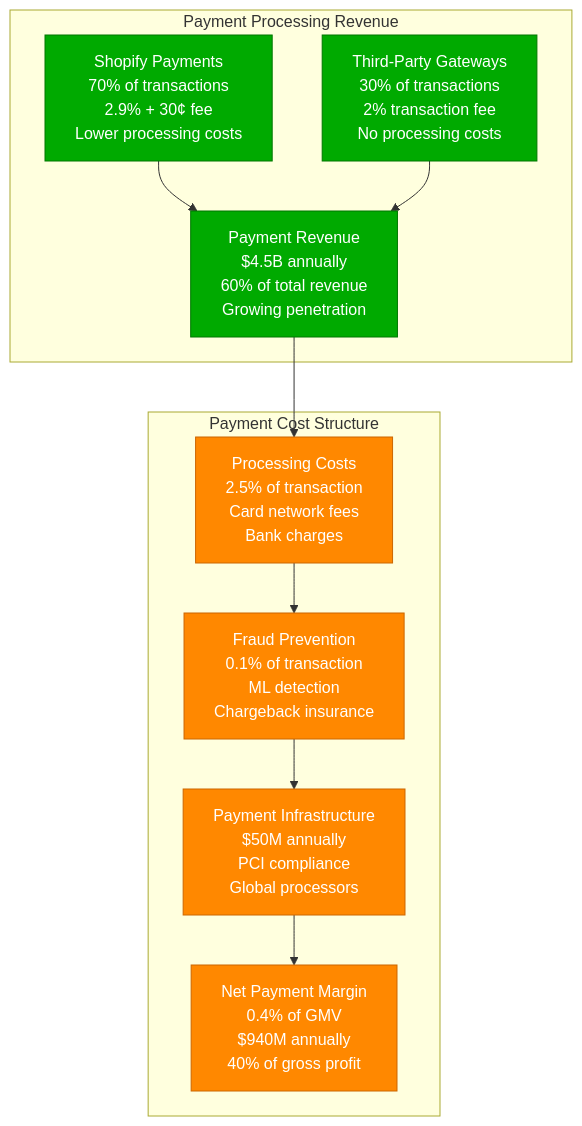
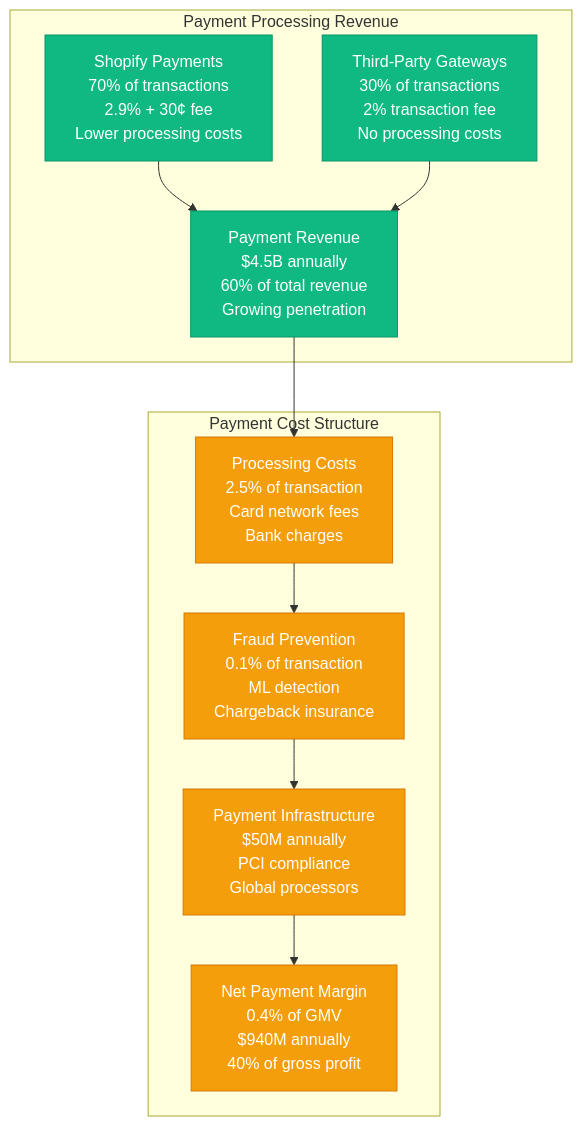
The fourth of 9 diagrams in site/docs/systems/shopify/cost-breakdown.md (deepaucksharma/DS), drawn with Mermaid before and after one commit. The commit also changed other lines of this file and 303 other files, not shown here.

````diff
--- a/site/docs/systems/shopify/cost-breakdown.md
+++ b/site/docs/systems/shopify/cost-breakdown.md
@@ -203,36 +203,36 @@
 ```mermaid
 graph TB
     subgraph "Payment Processing Revenue"
         SHOPIFY_PAYMENTS[Shopify Payments<br/>70% of transactions<br/>2.9% + 30¢ fee<br/>Lower processing costs]
 
         THIRD_PARTY[Third-Party Gateways<br/>30% of transactions<br/>2% transaction fee<br/>No processing costs]
 
         PAYMENT_REVENUE[Payment Revenue<br/>$4.5B annually<br/>60% of total revenue<br/>Growing penetration]
     end
 
     subgraph "Payment Cost Structure"
         PROCESSING_COSTS[Processing Costs<br/>2.5% of transaction<br/>Card network fees<br/>Bank charges]
 
         FRAUD_PREVENTION[Fraud Prevention<br/>0.1% of transaction<br/>ML detection<br/>Chargeback insurance]
 
         PAYMENT_INFRASTRUCTURE[Payment Infrastructure<br/>$50M annually<br/>PCI compliance<br/>Global processors]
 
         NET_PAYMENT_MARGIN[Net Payment Margin<br/>0.4% of GMV<br/>$940M annually<br/>40% of gross profit]
     end
 
     %% Payment flow
     SHOPIFY_PAYMENTS --> PAYMENT_REVENUE
     THIRD_PARTY --> PAYMENT_REVENUE
 
     PAYMENT_REVENUE --> PROCESSING_COSTS
     PROCESSING_COSTS --> FRAUD_PREVENTION
     FRAUD_PREVENTION --> PAYMENT_INFRASTRUCTURE
     PAYMENT_INFRASTRUCTURE --> NET_PAYMENT_MARGIN
 
     %% Apply payment colors
-    classDef revenueStyle fill:#00AA00,stroke:#007700,color:#fff
-    classDef costStyle fill:#FF8800,stroke:#CC6600,color:#fff
+    classDef revenueStyle fill:#10B981,stroke:#059669,color:#fff
+    classDef costStyle fill:#F59E0B,stroke:#D97706,color:#fff
 
     class SHOPIFY_PAYMENTS,THIRD_PARTY,PAYMENT_REVENUE revenueStyle
     class PROCESSING_COSTS,FRAUD_PREVENTION,PAYMENT_INFRASTRUCTURE,NET_PAYMENT_MARGIN costStyle
 ```
````
